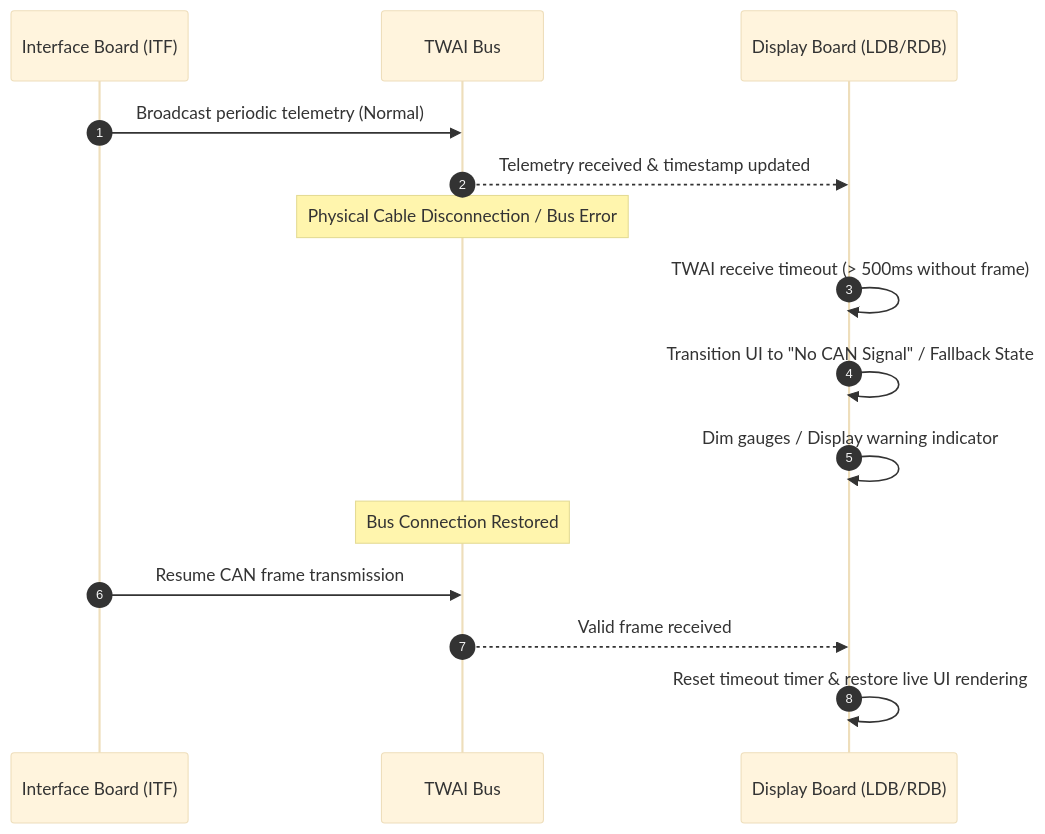
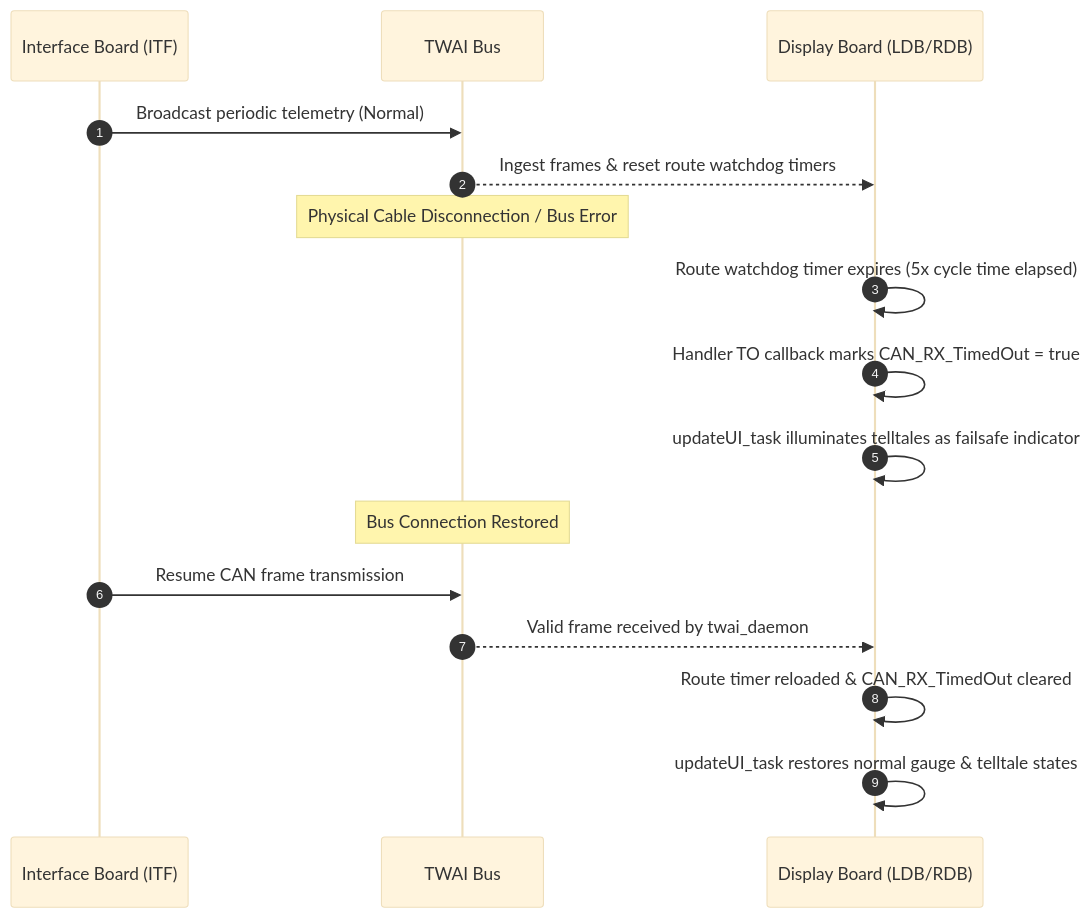
Before and after one commit to martinroger/vx-binocle-espidf: the second of 4 diagrams in docs/SCENARIOS.md, drawn with Mermaid (base theme). The commit also changed other lines of this file and 10 other files, not shown here.

````diff
--- a/docs/SCENARIOS.md
+++ b/docs/SCENARIOS.md
@@ -42,20 +55,21 @@
 ```mermaid
 sequenceDiagram
     autonumber
     participant ITF as Interface Board (ITF)
     participant CAN as TWAI Bus
     participant DSP as Display Board (LDB/RDB)
 
     ITF->>CAN: Broadcast periodic telemetry (Normal)
-    CAN-->>DSP: Telemetry received & timestamp updated
+    CAN-->>DSP: Ingest frames & reset route watchdog timers
     
     Note over CAN: Physical Cable Disconnection / Bus Error
-    DSP->>DSP: TWAI receive timeout (> 500ms without frame)
-    DSP->>DSP: Transition UI to "No CAN Signal" / Fallback State
-    DSP->>DSP: Dim gauges / Display warning indicator
+    DSP->>DSP: Route watchdog timer expires (5x cycle time elapsed)
+    DSP->>DSP: Handler TO callback marks CAN_RX_TimedOut = true
+    DSP->>DSP: updateUI_task illuminates telltales as failsafe indicator
     
     Note over CAN: Bus Connection Restored
     ITF->>CAN: Resume CAN frame transmission
-    CAN-->>DSP: Valid frame received
-    DSP->>DSP: Reset timeout timer & restore live UI rendering
+    CAN-->>DSP: Valid frame received by twai_daemon
+    DSP->>DSP: Route timer reloaded & CAN_RX_TimedOut cleared
+    DSP->>DSP: updateUI_task restores normal gauge & telltale states
 ```
````
